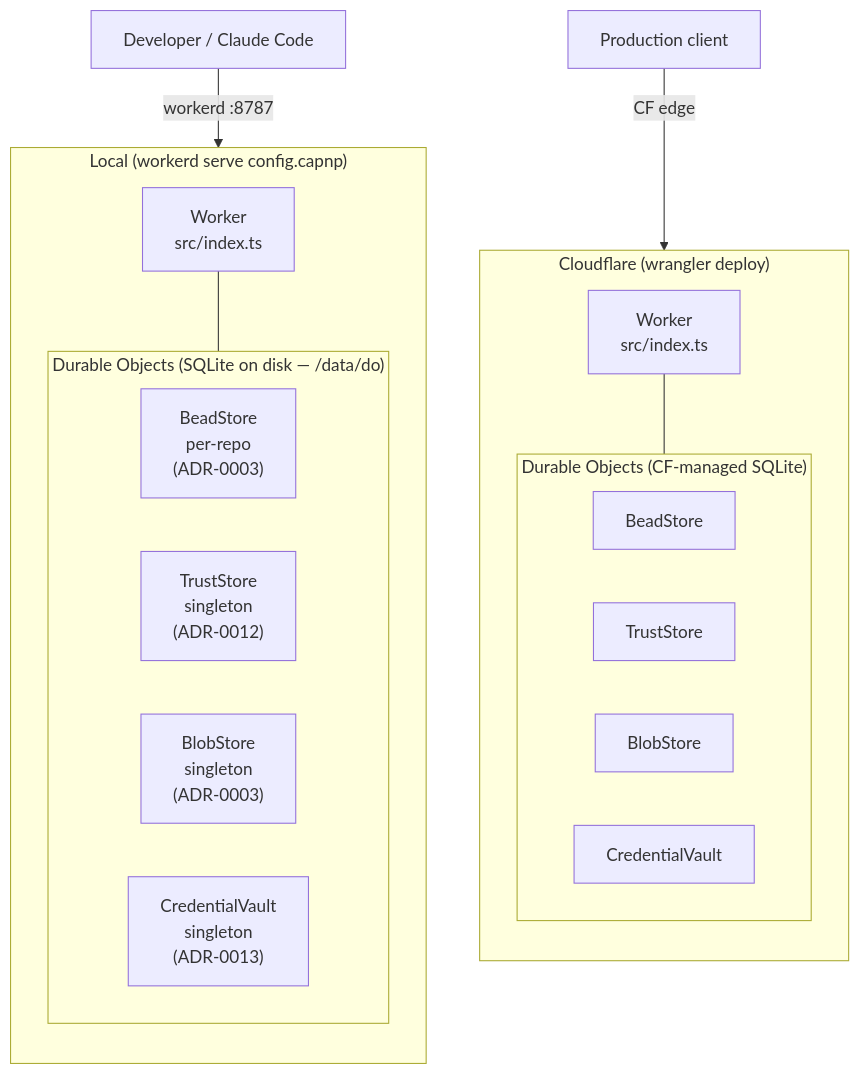
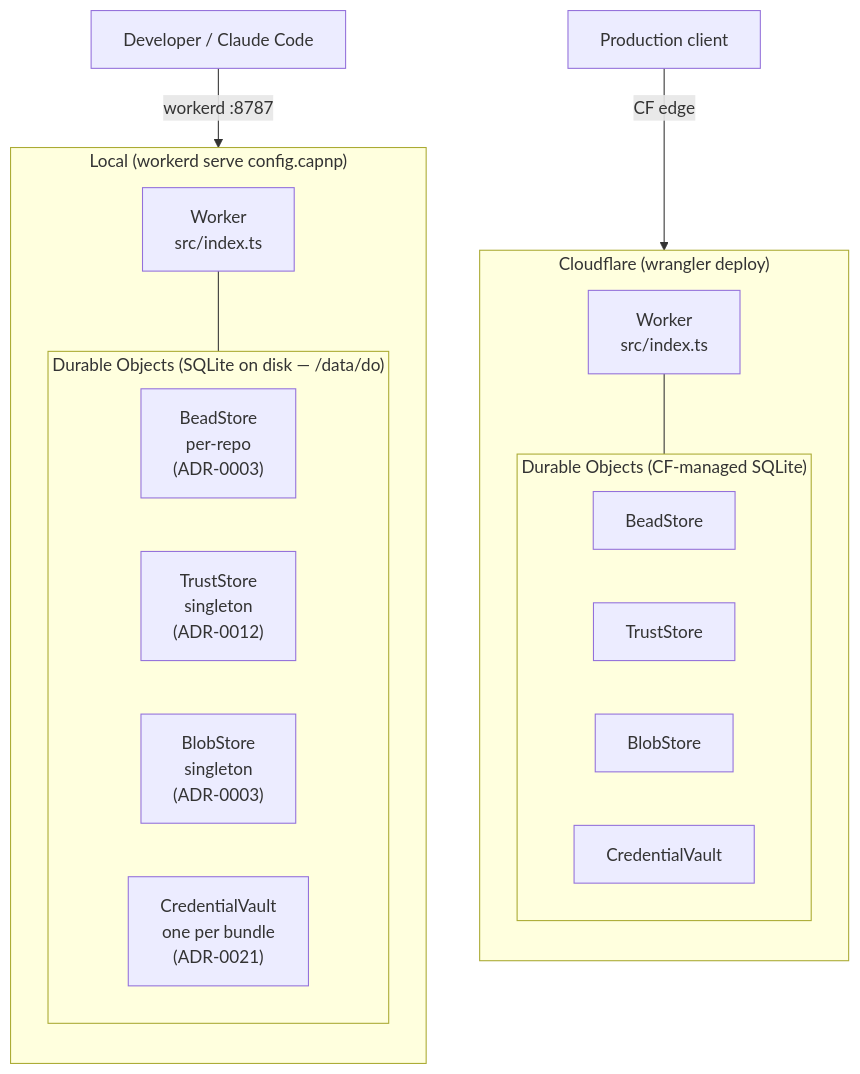
The second of 16 diagrams in docs/ARCHITECTURE.md (agentic-research/cloister), drawn with Mermaid before and after one commit. The commit also changed other lines of this file, not shown here.

First line of the commit message:
[cloister-ca2582] docs(architecture): describe both halves as they are now (#324)

````diff
--- a/docs/ARCHITECTURE.md
+++ b/docs/ARCHITECTURE.md
@@ -40,31 +72,31 @@
 ```mermaid
 graph TB
     subgraph local ["Local (workerd serve config.capnp)"]
         direction TB
         W["Worker<br/>src/index.ts"]
         subgraph dos ["Durable Objects (SQLite on disk — /data/do)"]
             direction LR
             BEAD["BeadStore<br/>per-repo<br/>(ADR-0003)"]
             TRUST["TrustStore<br/>singleton<br/>(ADR-0012)"]
             BLOB["BlobStore<br/>singleton<br/>(ADR-0003)"]
-            VAULT["CredentialVault<br/>singleton<br/>(ADR-0013)"]
+            VAULT["CredentialVault<br/>one per bundle<br/>(ADR-0021)"]
         end
         W --- dos
     end
 
     subgraph cf ["Cloudflare (wrangler deploy)"]
         direction TB
         CW["Worker<br/>src/index.ts"]
         subgraph cdos ["Durable Objects (CF-managed SQLite)"]
             direction LR
             CBEAD["BeadStore"]
             CTRUST["TrustStore"]
             CBLOB["BlobStore"]
             CVAULT["CredentialVault"]
         end
         CW --- cdos
     end
 
     Dev["Developer / Claude Code"] -->|workerd :8787| local
     Prod["Production client"] -->|CF edge| cf
 ```
````
